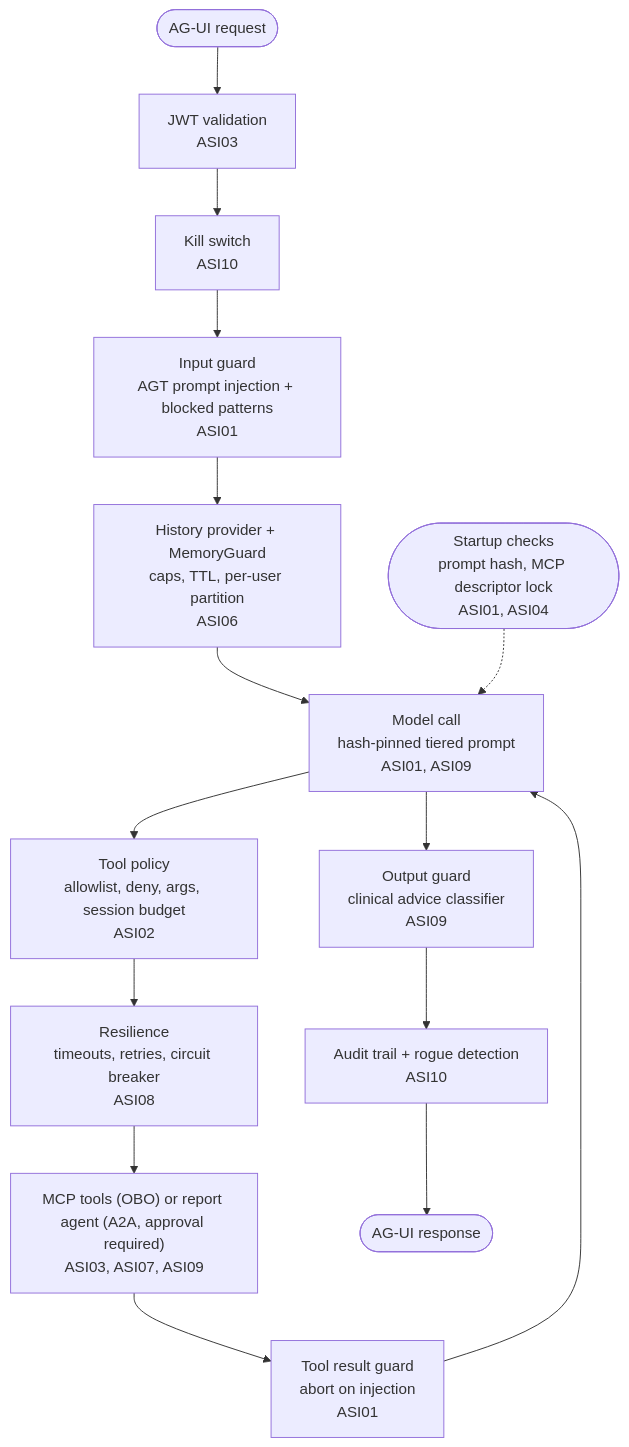
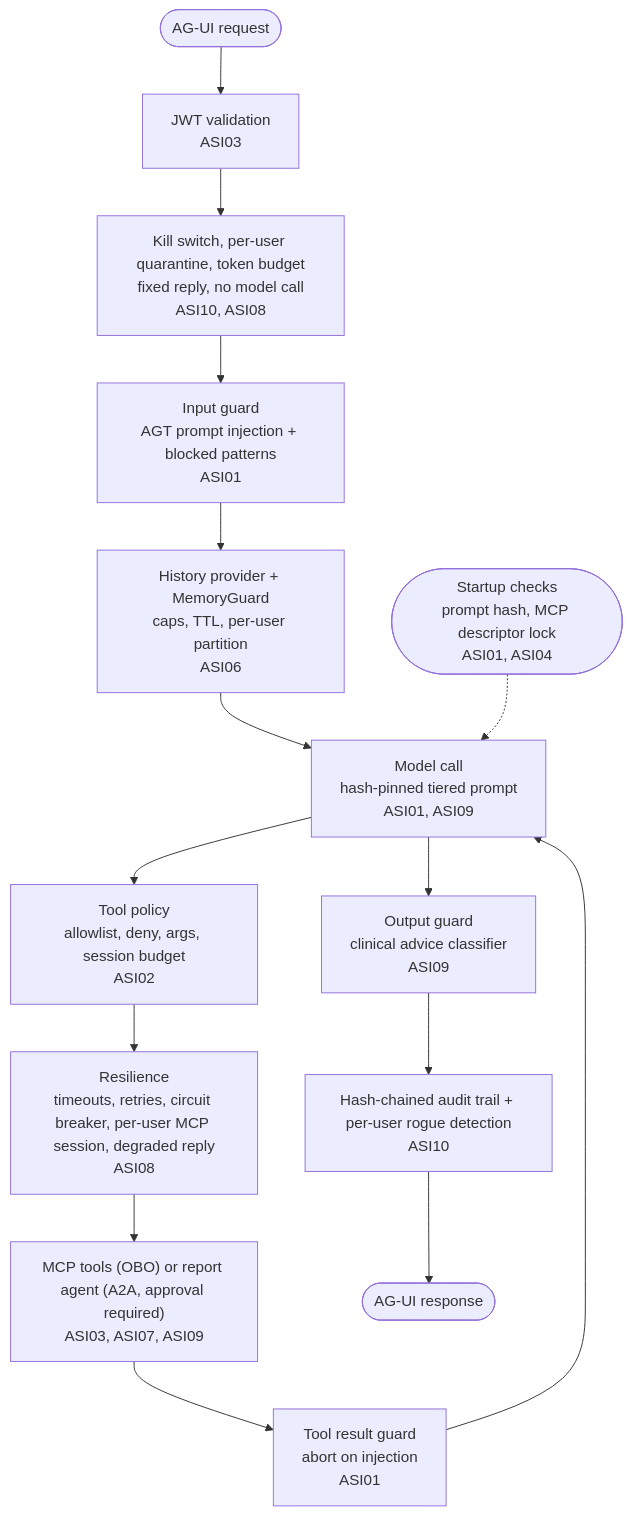
The fourth of 6 diagrams in docs/architecture.md (willvelida/owasp-agents-sample), drawn with Mermaid before and after one commit. The commit also changed other lines of this file and 47 other files, not shown here.

````diff
--- a/docs/architecture.md
+++ b/docs/architecture.md
@@ -133,18 +133,18 @@
 ```mermaid
 flowchart TD
     req([AG-UI request]) --> auth["JWT validation<br/>ASI03"]
-    auth --> kill["Kill switch<br/>ASI10"]
+    auth --> kill["Kill switch, per-user quarantine, token budget<br/>fixed reply, no model call<br/>ASI10, ASI08"]
     kill --> input["Input guard<br/>AGT prompt injection + blocked patterns<br/>ASI01"]
     input --> memory["History provider + MemoryGuard<br/>caps, TTL, per-user partition<br/>ASI06"]
     memory --> model["Model call<br/>hash-pinned tiered prompt<br/>ASI01, ASI09"]
     model --> toolpolicy["Tool policy<br/>allowlist, deny, args, session budget<br/>ASI02"]
-    toolpolicy --> resilience["Resilience<br/>timeouts, retries, circuit breaker<br/>ASI08"]
+    toolpolicy --> resilience["Resilience<br/>timeouts, retries, circuit breaker, per-user MCP session, degraded reply<br/>ASI08"]
     resilience --> tools["MCP tools (OBO) or report agent (A2A, approval required)<br/>ASI03, ASI07, ASI09"]
     tools --> result["Tool result guard<br/>abort on injection<br/>ASI01"]
     result --> model
     model --> output["Output guard<br/>clinical advice classifier<br/>ASI09"]
-    output --> audit["Audit trail + rogue detection<br/>ASI10"]
+    output --> audit["Hash-chained audit trail + per-user rogue detection<br/>ASI10"]
     audit --> resp([AG-UI response])
 
     startup(["Startup checks<br/>prompt hash, MCP descriptor lock<br/>ASI01, ASI04"]) -.-> model
 ```
````
